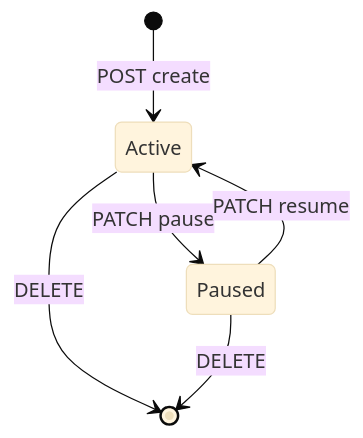
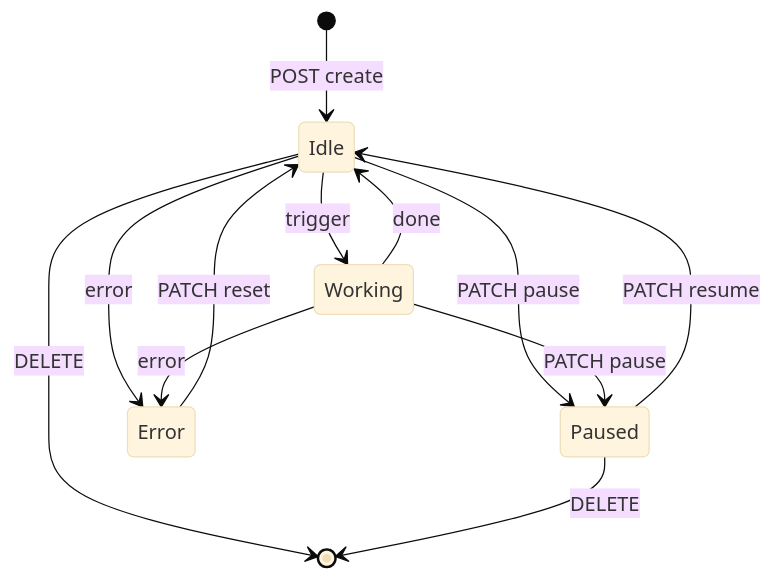
One commit to YaoApp/yao changed the third of 5 diagrams in agent/autonomous/DESIGN.md. Above: the diagram before and after it, drawn with Mermaid (base theme). The commit also changed other lines of this file, not shown here.

````diff
--- a/agent/autonomous/DESIGN.md
+++ b/agent/autonomous/DESIGN.md
@@ -566,8 +576,14 @@
 ```mermaid
 stateDiagram-v2
-    [*] --> Active: POST create
-    Active --> Paused: PATCH pause
-    Paused --> Active: PATCH resume
-    Active --> [*]: DELETE
+    [*] --> Idle: POST create
+    Idle --> Working: trigger
+    Working --> Idle: done
+    Idle --> Paused: PATCH pause
+    Working --> Paused: PATCH pause
+    Paused --> Idle: PATCH resume
+    Idle --> Error: error
+    Working --> Error: error
+    Error --> Idle: PATCH reset
+    Idle --> [*]: DELETE
     Paused --> [*]: DELETE
 ```
````
